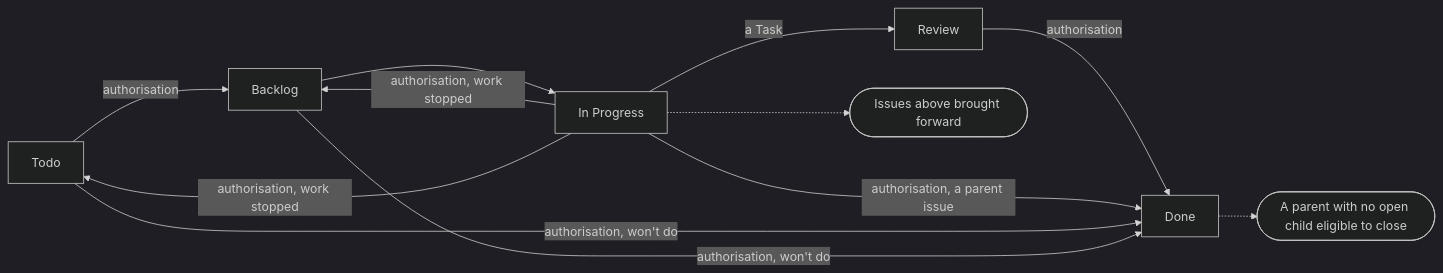
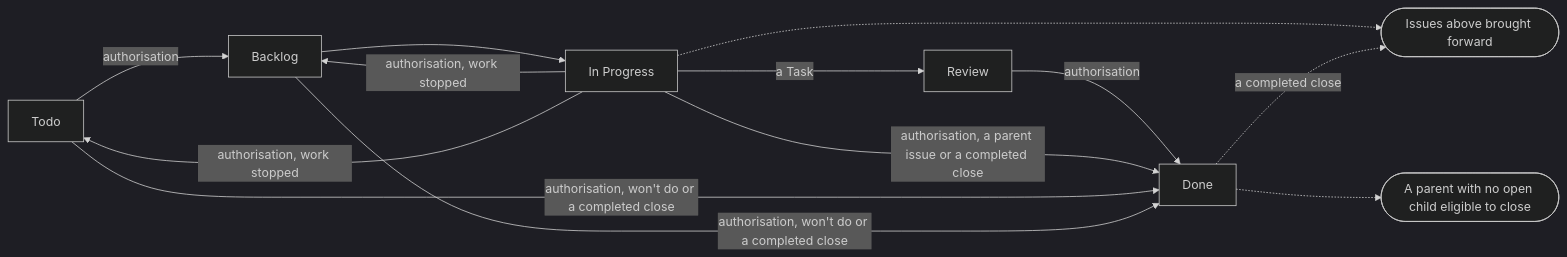
The second of 3 diagrams in tech-docs/analysis/project-management/domain-model/030-the-issue-lifecycle.md (aleskalfas/project-kit), drawn with Mermaid (dark theme) before and after one commit. The commit also changed other lines of this file and 31 other files, not shown here.

First line of the commit message:
feat: a task whose work was not a pull request closes as completed

````diff
--- a/tech-docs/analysis/project-management/domain-model/030-the-issue-lifecycle.md
+++ b/tech-docs/analysis/project-management/domain-model/030-the-issue-lifecycle.md
@@ -61,16 +61,17 @@
 ```mermaid
 flowchart LR
   accTitle: How an issue moves through its lifecycle
-  accDescr: An authorisation takes an issue from Todo to Backlog. It then moves to In Progress, and a Task to Review. An authorisation takes it back from In Progress to Backlog or Todo once its work stopped. An authorisation takes it to Done, and closing as won't do also needs one. A forward move brings the issues above forward, and a parent with no open child becomes eligible to close.
+  accDescr: An authorisation takes an issue from Todo to Backlog. It then moves to In Progress, and a Task to Review. An authorisation takes it back from In Progress to Backlog or Todo once its work stopped. An authorisation takes it to Done, and a won't-do close or a completed close also needs one. A forward move, or a completed close, brings the issues above forward. A parent with no open child becomes eligible to close.
   todo[Todo] -->|authorisation| backlog[Backlog]
   backlog --> inprogress[In Progress]
   inprogress -->|authorisation, work stopped| backlog
   inprogress -->|authorisation, work stopped| todo
   inprogress -->|a Task| review[Review]
   review -->|authorisation| done[Done]
-  inprogress -->|authorisation, a parent issue| done
-  todo -->|authorisation, won't do| done
-  backlog -->|authorisation, won't do| done
+  inprogress -->|authorisation, a parent issue or a completed close| done
+  todo -->|authorisation, won't do or a completed close| done
+  backlog -->|authorisation, won't do or a completed close| done
   inprogress -.-> forward([Issues above brought forward])
+  done -.->|a completed close| forward
   done -.-> eligible([A parent with no open child eligible to close])
 ```
````
